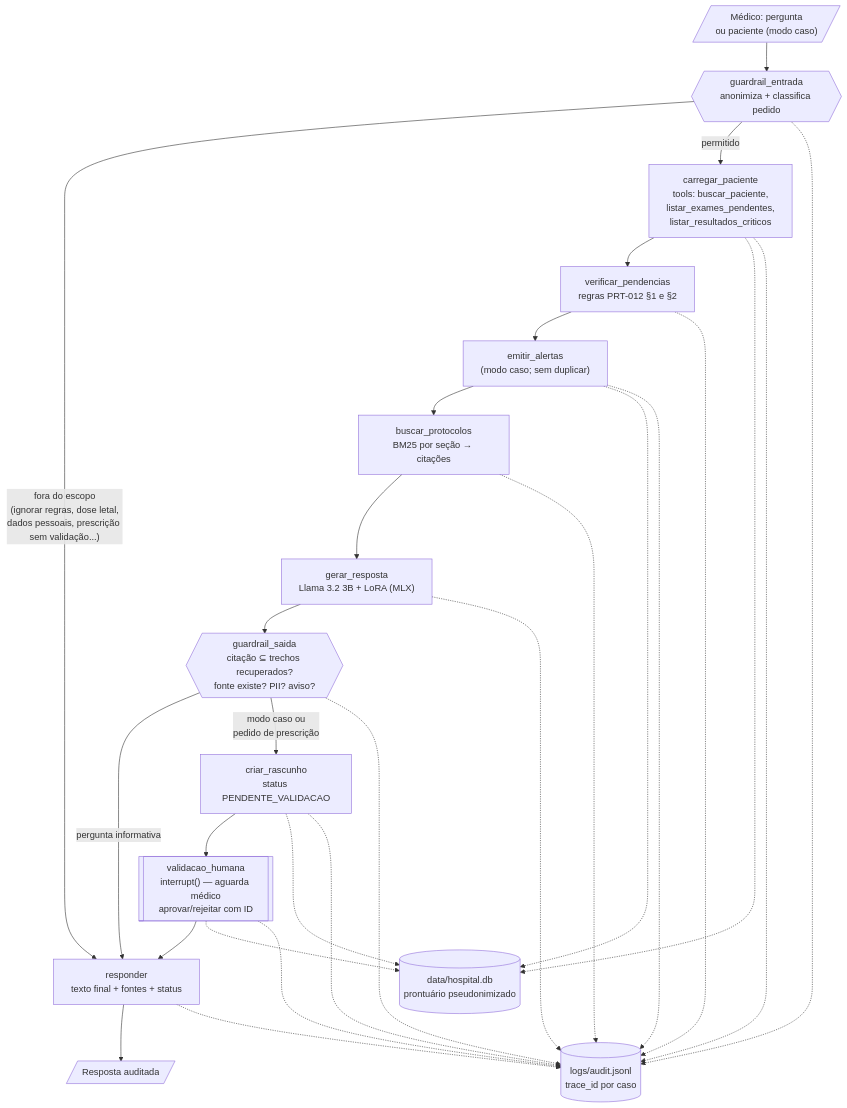
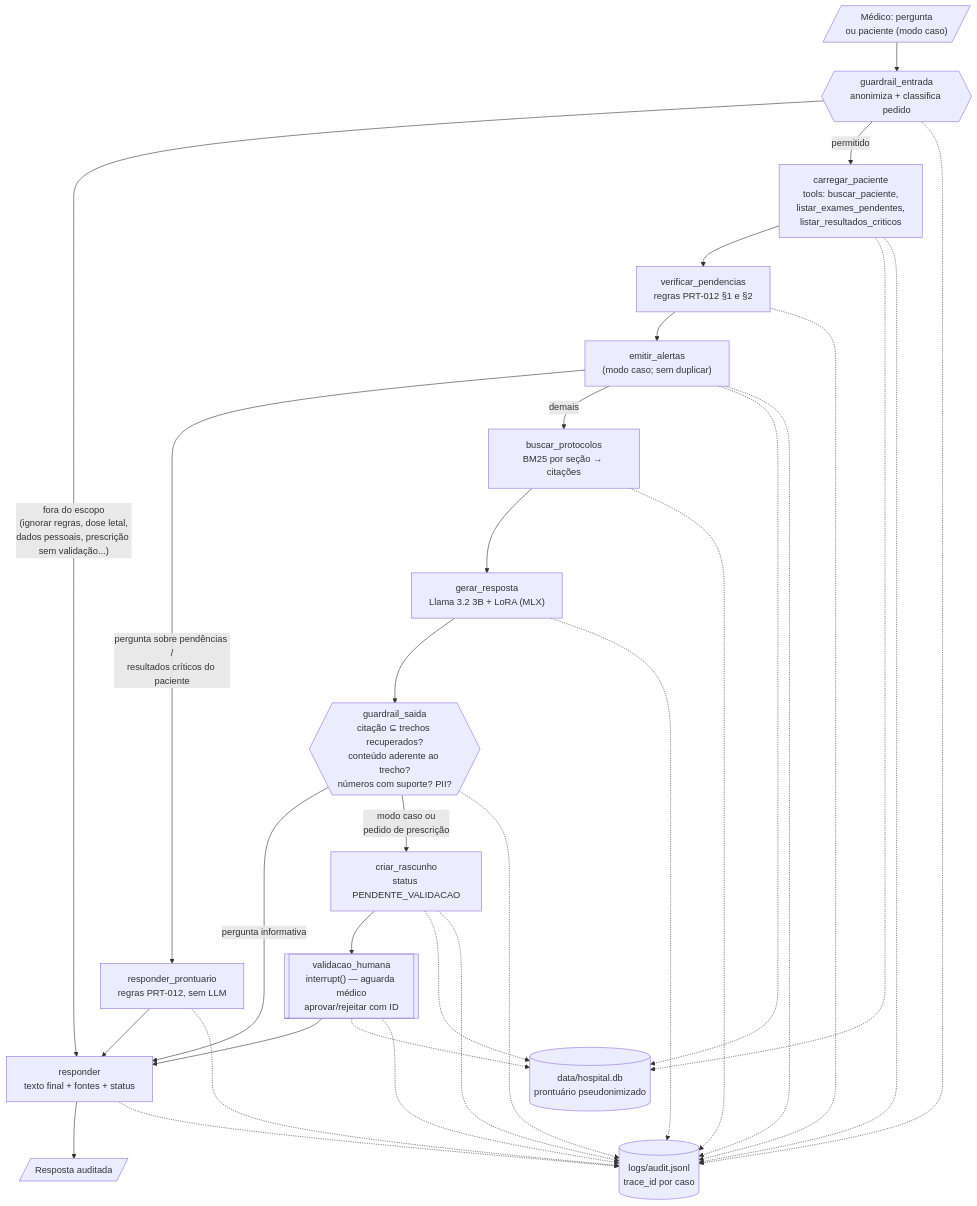
One commit to rafaelbarrosleite/fiap-techchallenge-fase3 changed the first of 2 diagrams in docs/diagrama_fluxo.md. Above: the diagram before and after it, drawn with Mermaid. The commit also changed other lines of this file and 12 other files, not shown here.

Commit message:
feat: guardrail de aderência e respostas do prontuário sem LLM; relatório atualizado

````diff
--- a/docs/diagrama_fluxo.md
+++ b/docs/diagrama_fluxo.md
@@ -7,24 +7,26 @@
 ```mermaid
 flowchart TD
     IN[/"Médico: pergunta<br/>ou paciente (modo caso)"/] --> GE{{"guardrail_entrada<br/>anonimiza + classifica pedido"}}
     GE -- "fora do escopo<br/>(ignorar regras, dose letal,<br/>dados pessoais, prescrição sem validação...)" --> RESP
     GE -- permitido --> CP["carregar_paciente<br/>tools: buscar_paciente,<br/>listar_exames_pendentes,<br/>listar_resultados_criticos"]
     CP --> VP["verificar_pendencias<br/>regras PRT-012 §1 e §2"]
     VP --> AL["emitir_alertas<br/>(modo caso; sem duplicar)"]
-    AL --> BP["buscar_protocolos<br/>BM25 por seção → citações"]
+    AL -- "pergunta sobre pendências /<br/>resultados críticos do paciente" --> RP["responder_prontuario<br/>regras PRT-012, sem LLM"]
+    RP --> RESP
+    AL -- demais --> BP["buscar_protocolos<br/>BM25 por seção → citações"]
     BP --> GR["gerar_resposta<br/>Llama 3.2 3B + LoRA (MLX)"]
-    GR --> GS{{"guardrail_saida<br/>citação ⊆ trechos recuperados?<br/>fonte existe? PII? aviso?"}}
+    GR --> GS{{"guardrail_saida<br/>citação ⊆ trechos recuperados?<br/>conteúdo aderente ao trecho?<br/>números com suporte? PII?"}}
     GS -- "pergunta informativa" --> RESP
     GS -- "modo caso ou<br/>pedido de prescrição" --> RA["criar_rascunho<br/>status PENDENTE_VALIDACAO"]
     RA --> HV[["validacao_humana<br/>interrupt() — aguarda médico<br/>aprovar/rejeitar com ID"]]
     HV --> RESP["responder<br/>texto final + fontes + status"]
     RESP --> OUT[/"Resposta auditada"/]
 
     LOG[("logs/audit.jsonl<br/>trace_id por caso")]
     DB[("data/hospital.db<br/>prontuário pseudonimizado")]
     CP -.-> DB
     AL -.-> DB
     RA -.-> DB
     HV -.-> DB
-    GE & CP & VP & AL & BP & GR & GS & RA & HV & RESP -.-> LOG
+    GE & CP & VP & AL & RP & BP & GR & GS & RA & HV & RESP -.-> LOG
 ```
````
